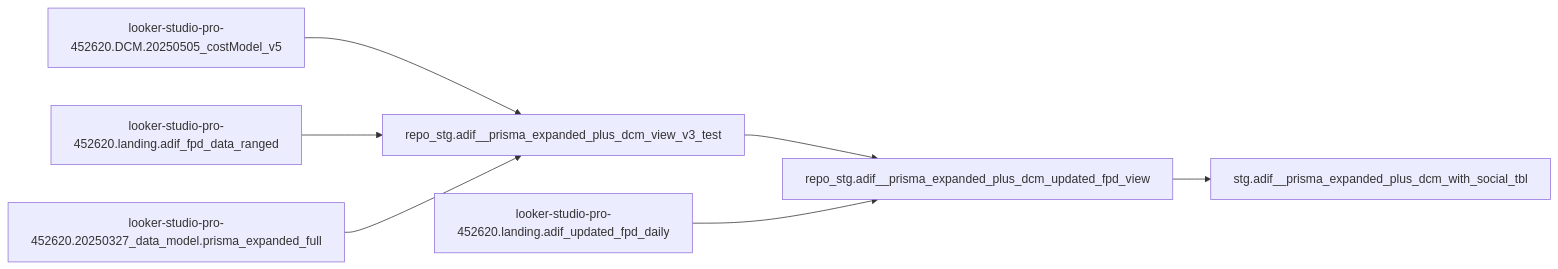
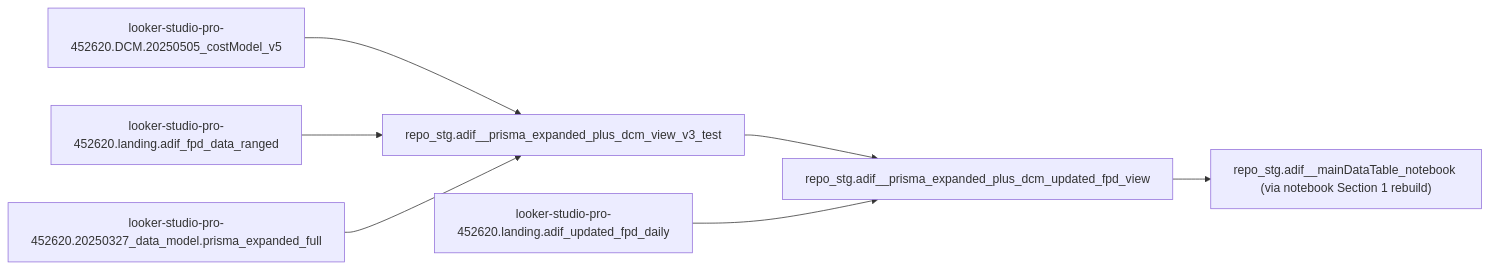
Before and after one commit to genetsen/looker_personal: the diagram in adif/projects/updated_fpd_integration/README_Updated_FPD_Integration.md, drawn with Mermaid. The commit also changed other lines of this file and 22 other files, not shown here.

````diff
--- a/adif/projects/updated_fpd_integration/README_Updated_FPD_Integration.md
+++ b/adif/projects/updated_fpd_integration/README_Updated_FPD_Integration.md
@@ -76,9 +76,9 @@
 ```mermaid
 flowchart LR
   dcm["looker-studio-pro-452620.DCM.20250505_costModel_v5"] --> core_base["repo_stg.adif__prisma_expanded_plus_dcm_view_v3_test"]
   fpd_orig["looker-studio-pro-452620.landing.adif_fpd_data_ranged"] --> core_base
   prisma["looker-studio-pro-452620.20250327_data_model.prisma_expanded_full"] --> core_base
   core_base --> upd_view["repo_stg.adif__prisma_expanded_plus_dcm_updated_fpd_view"]
   fpd_upd["looker-studio-pro-452620.landing.adif_updated_fpd_daily"] --> upd_view
-  upd_view --> final_tbl["stg.adif__prisma_expanded_plus_dcm_with_social_tbl"]
+  upd_view --> final_tbl["repo_stg.adif__mainDataTable_notebook (via notebook Section 1 rebuild)"]
 ```
````
